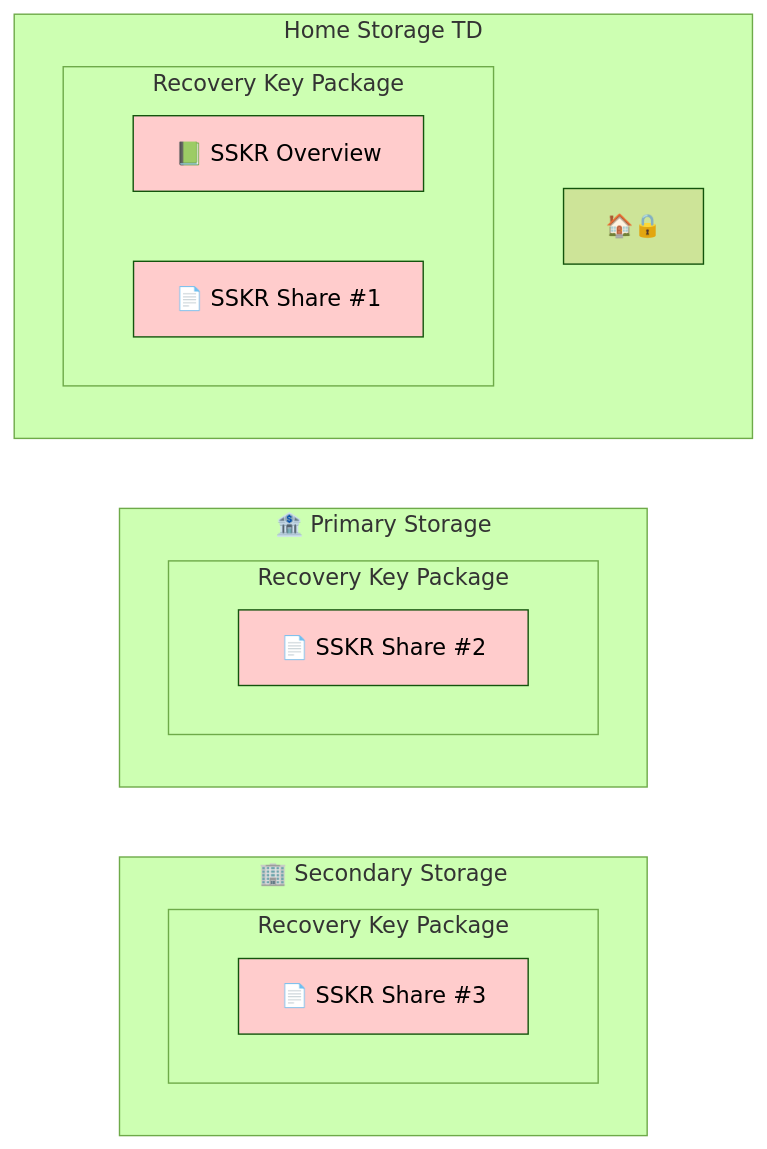
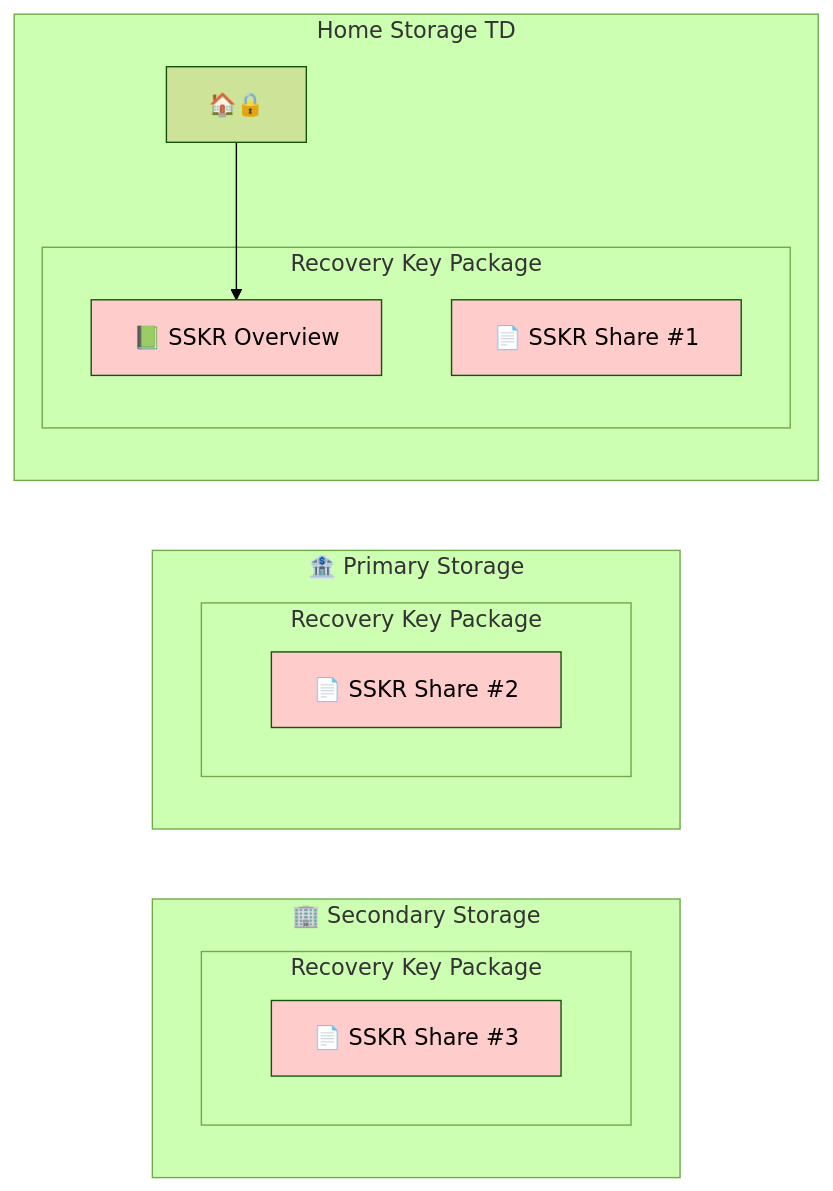
Diagram 15 of 24 in Docs/Scenario-Multisig.md (BlockchainCommons/SmartCustody), drawn with Mermaid (forest theme) before and after one commit.

````diff
--- a/Docs/Scenario-Multisig.md
+++ b/Docs/Scenario-Multisig.md
@@ -556,26 +556,27 @@
     ```mermaid
     graph LR;
     classDef subgraph_padding fill:none,stroke:none
     subgraph secondary ["🏢 Secondary Storage"]
       subgraph "Recovery Key Package"
       D["📄 SSKR Share #3"]
       end
     end
     subgraph "🏦 Primary Storage"
       subgraph "Recovery Key Package"
       C["📄 SSKR Share #2"]
       end
     end
     subgraph "Home Storage" TD
       AMeta["🏠🔒"]
       subgraph homerecovery["Recovery Key Package"]
       A["📗 SSKR Overview"]
       B["📄 SSKR Share #1"]
       end
+    AMeta-->A
     end
     
     style A fill:#ffcccc;
     style B fill:#ffcccc;
     style C fill:#ffcccc;
     style D fill:#ffcccc;
     ```
````
